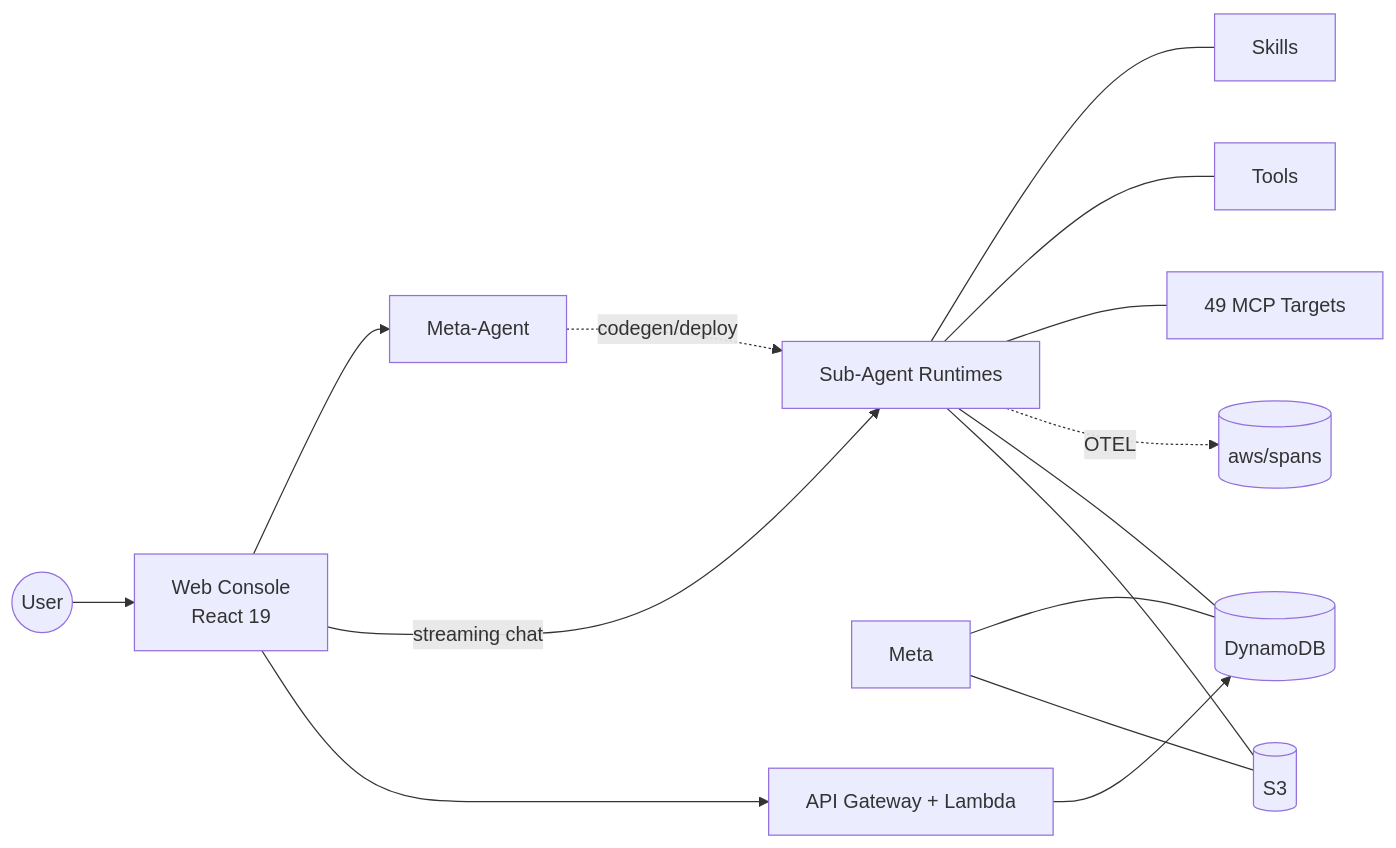
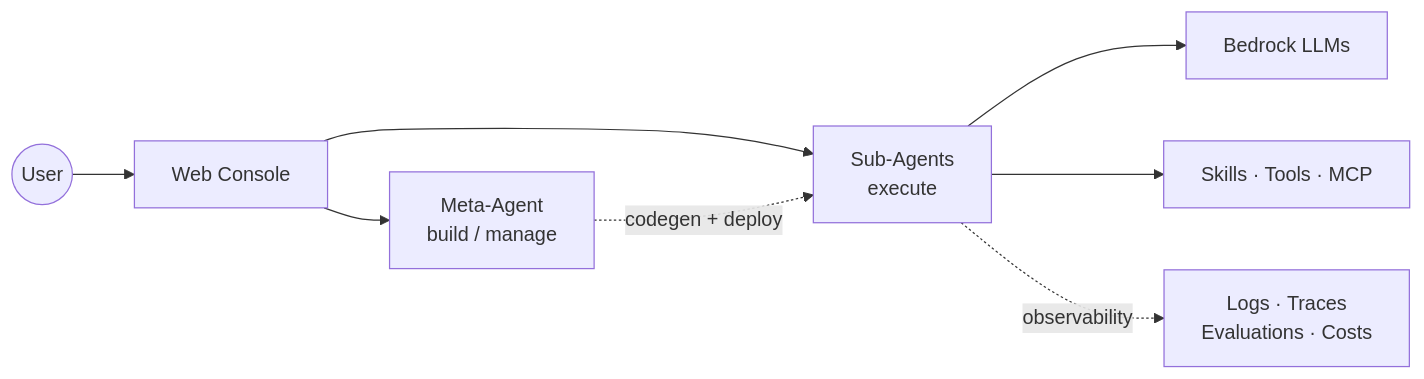
One commit to ddpie/agent-studio changed the second of 2 diagrams in README.md. Above: the diagram before and after it, drawn with Mermaid. The commit also changed other lines of this file and 1 other file, not shown here.

Commit message:
docs: simplify README architecture diagram, add detailed docs/architecture.md
The README diagram had drifted:
- Drew FE going directly to Meta/Agents/API, skipping CloudFront
- Missed Cognito, Invoke Lambda, EventBridge Scheduler, Evaluator,
  Bedrock models, A2A proxy
- Hardcoded '49 MCP Targets' would age badly

Replace with a 7-node diagram that a reader can parse in 3 seconds
(User → Console → Meta/Sub → LLMs + Tools + Observability). Keep the
bilingual versions in sync. Move the full system diagram + per-component
notes (request paths, observability data flow, evaluator lifecycle,
scheduler gotchas) to docs/architecture.md.

````diff
--- a/README.md
+++ b/README.md
@@ -134,14 +132,10 @@
 ```mermaid
 graph LR
-    User((User)) --> FE[Web Console<br/>React 19]
-    FE --> META[Meta-Agent]
-    FE -->|streaming chat| Agents
-
-    META -.codegen/deploy.-> Agents[Sub-Agent Runtimes]
-    Agents --- Skills[Skills] & Tools[Tools] & MCP[49 MCP Targets]
-
-    Agents -.OTEL.-> Spans[(aws/spans)]
-    Meta & Agents --- DDB[(DynamoDB)] & S3[(S3)]
-
-    FE --> API[API Gateway + Lambda] --> DDB
+    User((User)) --> Web[Web Console]
+    Web --> Meta[Meta-Agent<br/>build / manage]
+    Web --> Sub[Sub-Agents<br/>execute]
+    Meta -.codegen + deploy.-> Sub
+    Sub --> LLM[Bedrock LLMs]
+    Sub --> Ext[Skills · Tools · MCP]
+    Sub -.observability.-> Obs[Logs · Traces<br/>Evaluations · Costs]
 ```
````
